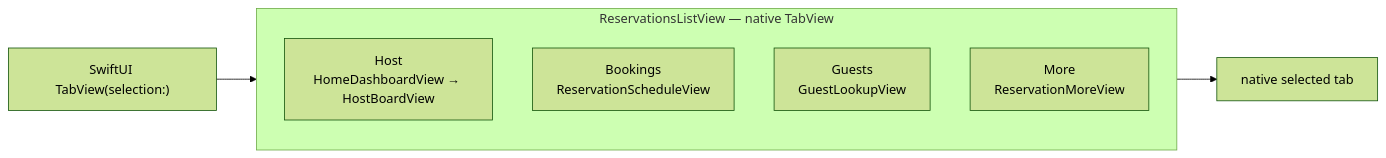
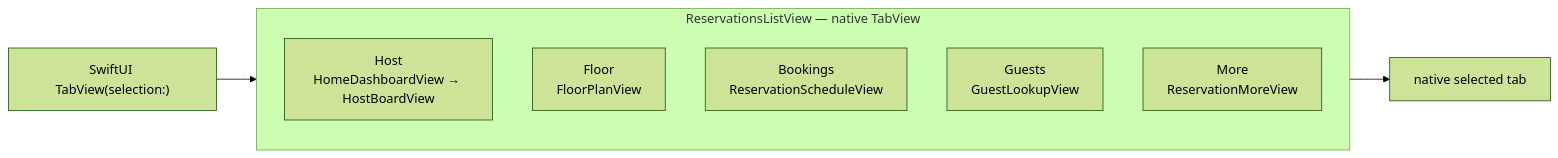
The third of 12 diagrams in Docs/ARCHITECTURE_DIAGRAMS.md (bohdan462/Reservation-iOS-App), drawn with Mermaid (forest theme) before and after one commit. The commit also changed other lines of this file and 29 other files, not shown here.

````diff
--- a/Docs/ARCHITECTURE_DIAGRAMS.md
+++ b/Docs/ARCHITECTURE_DIAGRAMS.md
@@ -120,12 +126,13 @@
 ```mermaid
 flowchart LR
     subgraph Shell["ReservationsListView — native TabView"]
         H["Host<br/>HomeDashboardView → HostBoardView"]
+        F["Floor<br/>FloorPlanView"]
         L["Bookings<br/>ReservationScheduleView"]
         G["Guests<br/>GuestLookupView"]
         M["More<br/>ReservationMoreView"]
     end
 
     TabView["SwiftUI TabView(selection:)"] --> Shell
     Shell --> Active["native selected tab"]
 ```
````
